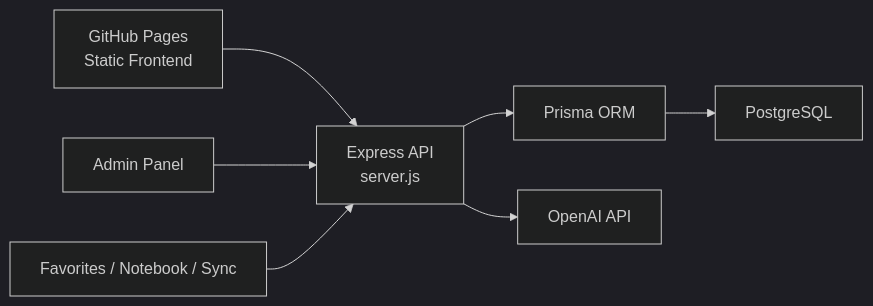
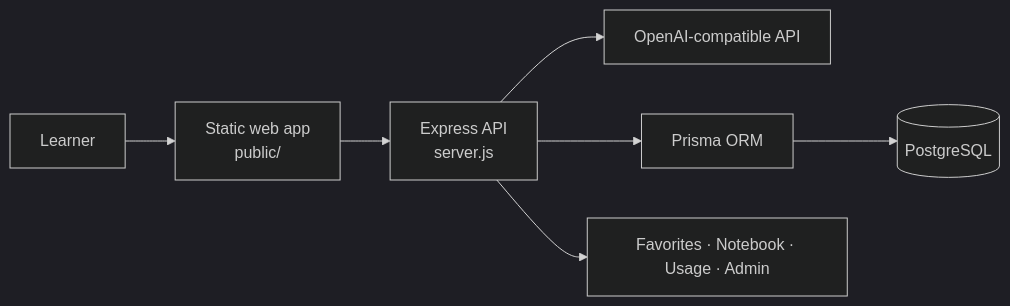
The diagram in README.md (YanYihann/Texta), drawn with Mermaid (dark theme) before and after one commit. The commit also changed other lines of this file and 2 other files, not shown here.

````diff
--- a/README.md
+++ b/README.md
@@ -96,9 +43,9 @@
 ```mermaid
 flowchart LR
-    A["GitHub Pages<br/>Static Frontend"] --> B["Express API<br/>server.js"]
-    B --> C["Prisma ORM"]
-    C --> D["PostgreSQL"]
-    B --> E["OpenAI API"]
-    F["Admin Panel"] --> B
-    G["Favorites / Notebook / Sync"] --> B
+  U["Learner"] --> W["Static web app<br/>public/"]
+  W --> A["Express API<br/>server.js"]
+  A --> O["OpenAI-compatible API"]
+  A --> P["Prisma ORM"]
+  P --> D[(PostgreSQL)]
+  A --> L["Favorites · Notebook · Usage · Admin"]
 ```
````
